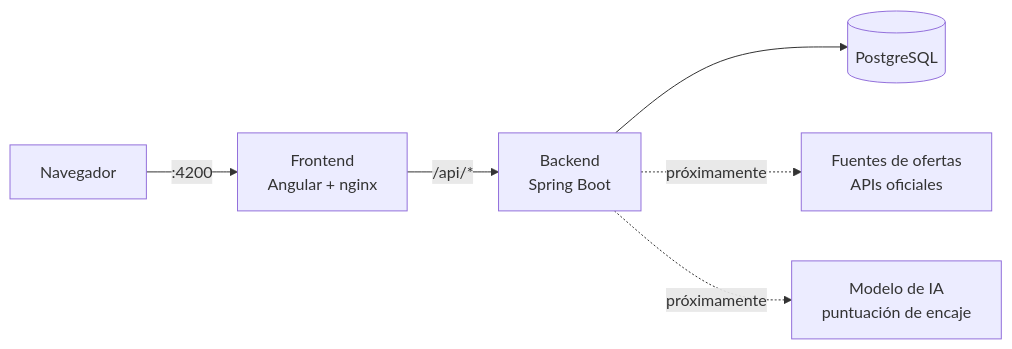
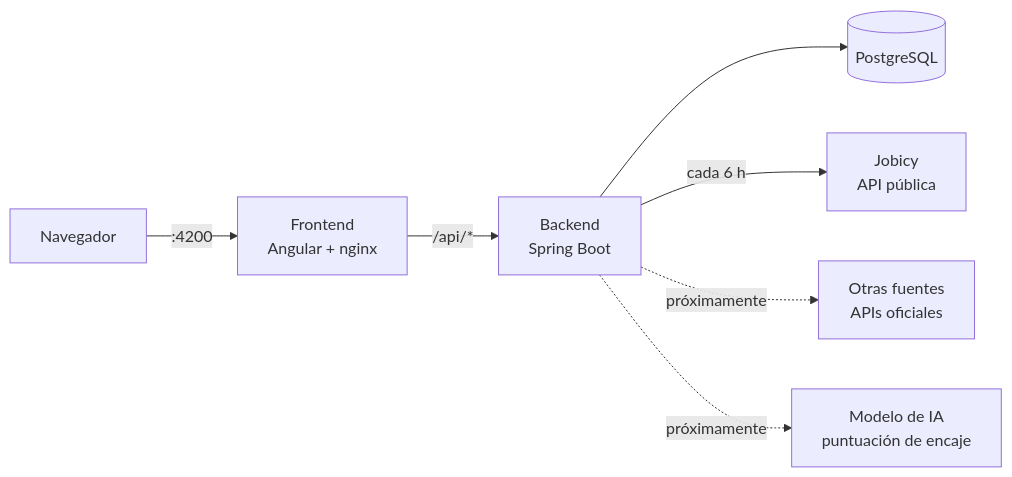
One commit to Juanfranciscomp30/radar-empleo-it changed the diagram in README.md. Above: the diagram before and after it, drawn with Mermaid. The commit also changed other lines of this file and 1 other file, not shown here.

Commit message:
docs: README con el listado de ofertas

````diff
--- a/README.md
+++ b/README.md
@@ -49,8 +49,9 @@
 ```mermaid
 flowchart LR
     U[Navegador] -->|:4200| F[Frontend<br/>Angular + nginx]
     F -->|/api/*| B[Backend<br/>Spring Boot]
     B --> D[(PostgreSQL)]
-    B -.->|próximamente| S[Fuentes de ofertas<br/>APIs oficiales]
+    B -->|cada 6 h| J[Jobicy<br/>API pública]
+    B -.->|próximamente| S[Otras fuentes<br/>APIs oficiales]
     B -.->|próximamente| IA[Modelo de IA<br/>puntuación de encaje]
 ```
````
